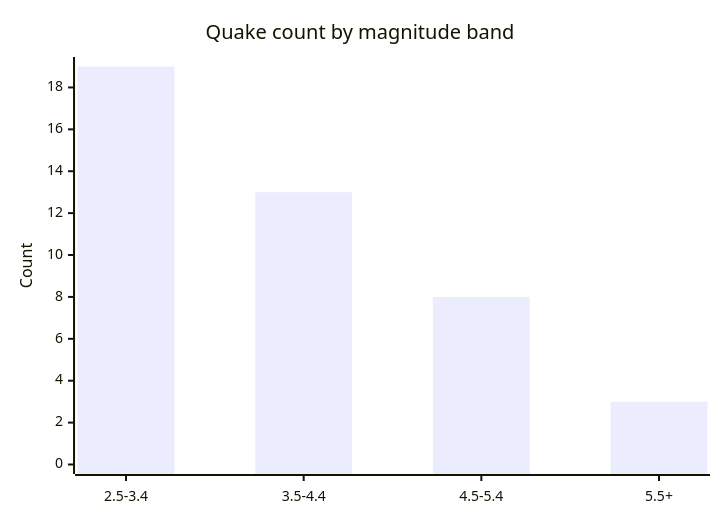
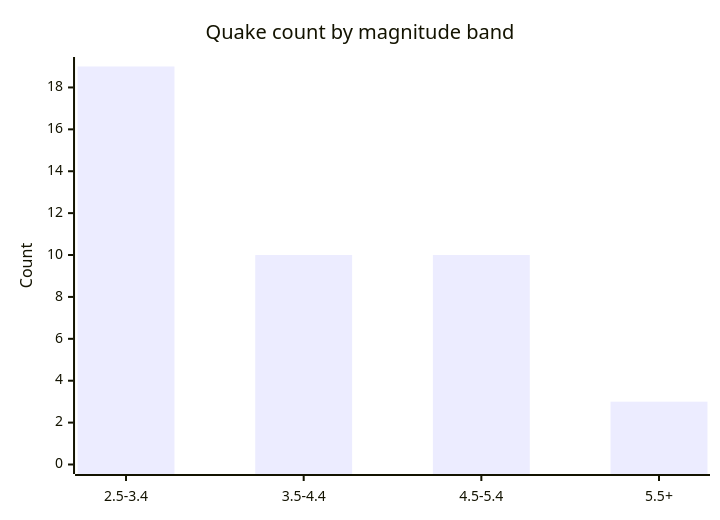
The fifth of 6 diagrams in docs/GRAPHS.md (Midwest-Stratospheric/aerostratospheric-defense-gir), drawn with Mermaid before and after one commit. The commit also changed other lines of this file and 25 other files, not shown here.

````diff
--- a/docs/GRAPHS.md
+++ b/docs/GRAPHS.md
@@ -82,7 +82,7 @@
 ```mermaid
 xychart-beta
   title "Quake count by magnitude band"
   x-axis ["2.5-3.4", "3.5-4.4", "4.5-5.4", "5.5+"]
   y-axis "Count" 0 --> 19
-  bar [19, 13, 8, 3]
+  bar [19, 10, 10, 3]
 ```
````
